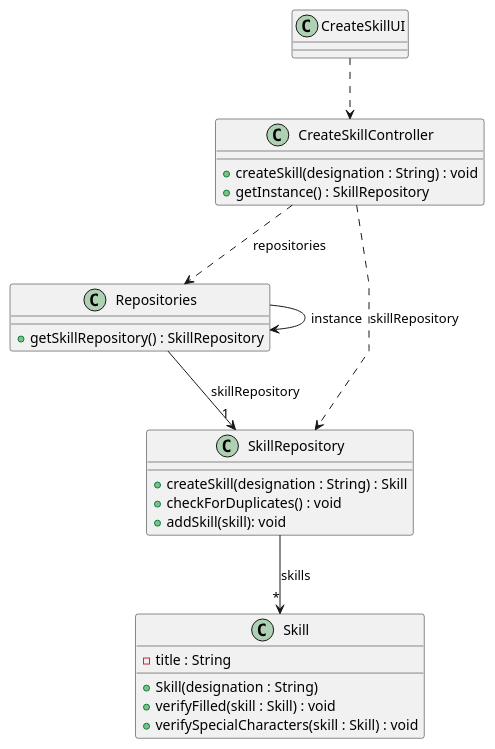
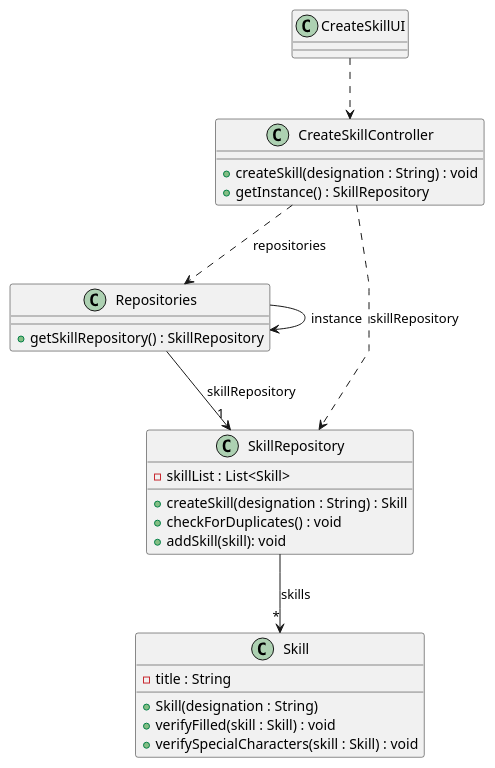
One commit to ricardomm7/leaflink changed the diagram in docs/sprintB/us001/03.design/puml/us001-class-diagram.puml. Above: the diagram before and after it, drawn with PlantUML. The commit also changed 16 other files, not shown here.

```diff
--- a/docs/sprintB/us001/03.design/puml/us001-class-diagram.puml
+++ b/docs/sprintB/us001/03.design/puml/us001-class-diagram.puml
@@ -1,40 +1,41 @@
 @startuml
 skinparam packageStyle rectangle
 skinparam shadowing false
 skinparam linetype polyline
 
 'left to right direction
 
 class CreateSkillUI {
 }
 
 class CreateSkillController {
     +createSkill(designation : String) : void
     +getInstance() : SkillRepository
 }
 
 class Repositories {
     +getSkillRepository() : SkillRepository
 }
 
 class SkillRepository {
+    - skillList : List<Skill>
     +createSkill(designation : String) : Skill
     +checkForDuplicates() : void
     +addSkill(skill): void
 }
 
 class Skill {
     - title : String
     + Skill(designation : String)
     +verifyFilled(skill : Skill) : void
     +verifySpecialCharacters(skill : Skill) : void
 }
 
 CreateSkillUI ..> CreateSkillController
 Repositories --> "1" SkillRepository : skillRepository
 Repositories --> Repositories : instance
 SkillRepository --> "*" Skill : skills
 CreateSkillController ..> Repositories : repositories
 CreateSkillController ..> SkillRepository : skillRepository
 
 @enduml
```
